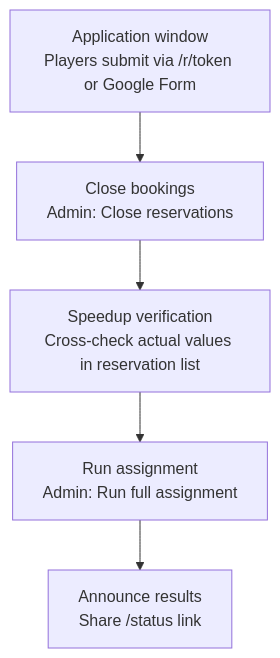
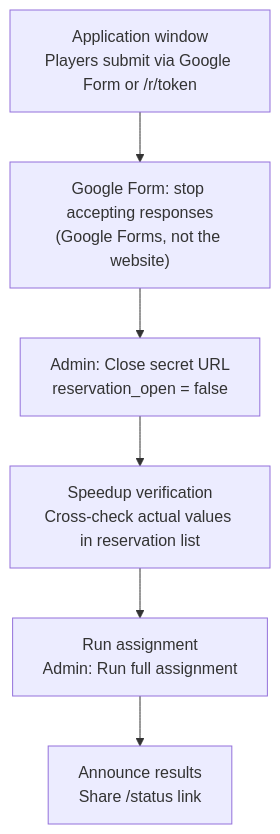
The second of 8 diagrams in docs/RESERVATION_SYSTEM_EN.md (SxxM131/wos1234), drawn with Mermaid before and after one commit. The commit also changed other lines of this file and 3 other files, not shown here.

First line of the commit message:
Update docs: Google Form email collection + RPC submit + audit_log

````diff
--- a/docs/RESERVATION_SYSTEM_EN.md
+++ b/docs/RESERVATION_SYSTEM_EN.md
@@ -78,7 +80,8 @@
 ```mermaid
 flowchart TD
-  A["Application window\nPlayers submit via /r/token or Google Form"] --> B["Close bookings\nAdmin: Close reservations"]
-  B --> C["Speedup verification\nCross-check actual values in reservation list"]
+  A["Application window\nPlayers submit via Google Form or /r/token"] --> B1["Google Form: stop accepting responses\n(Google Forms, not the website)"]
+  B1 --> B2["Admin: Close secret URL\nreservation_open = false"]
+  B2 --> C["Speedup verification\nCross-check actual values in reservation list"]
   C --> D["Run assignment\nAdmin: Run full assignment"]
   D --> E["Announce results\nShare /status link"]
 ```
````
